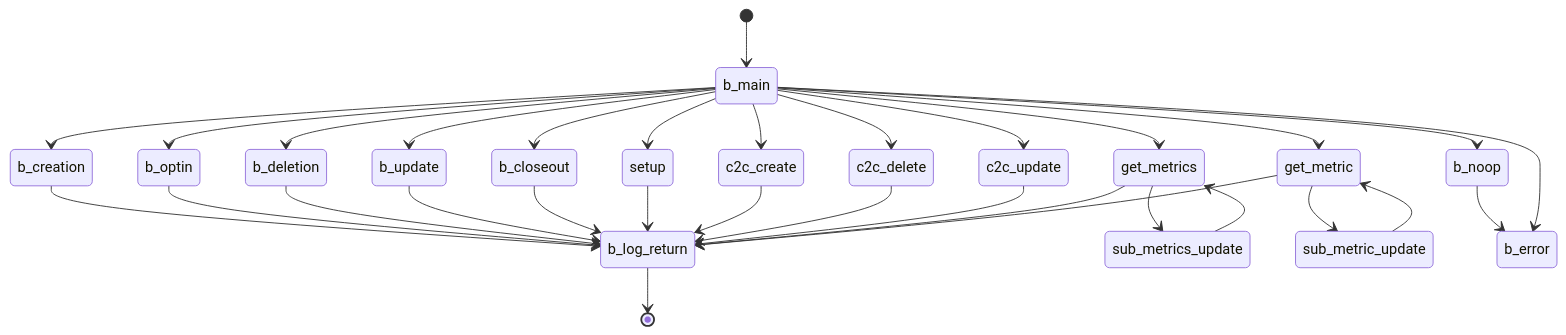
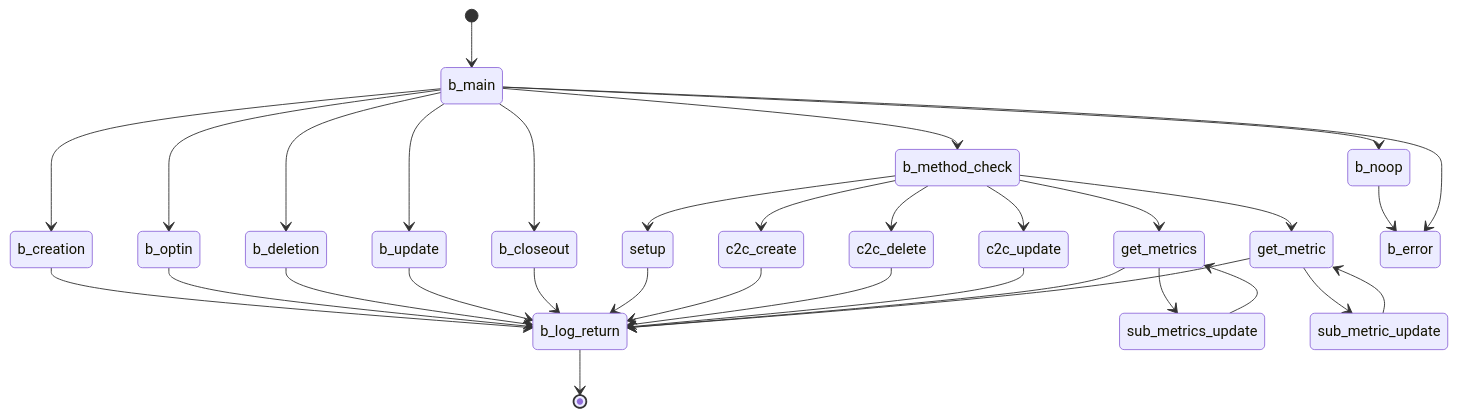
One commit to GoPlausible/.github changed the seventh of 10 diagrams in profile/README.md. Above: the diagram before and after it, drawn with Mermaid.

````diff
--- a/profile/README.md
+++ b/profile/README.md
@@ -295,51 +295,52 @@
 ```mermaid
   stateDiagram-v2
     [*] --> b_main
    
+    b_main --> b_method_check
     b_main --> b_creation
     b_creation --> b_log_return
 
     b_main --> b_optin
     b_optin --> b_log_return
 
     b_main --> b_deletion
     b_deletion --> b_log_return
 
     b_main --> b_update
     b_update --> b_log_return
 
     b_main --> b_closeout
     b_closeout --> b_log_return
 
 
-    b_main --> setup
+    b_method_check --> setup
     setup --> b_log_return
     
-    b_main --> c2c_create
+    b_method_check --> c2c_create
     c2c_create --> b_log_return
 
-    b_main --> c2c_delete
+    b_method_check --> c2c_delete
     c2c_delete --> b_log_return
 
-    b_main --> c2c_update
+    b_method_check --> c2c_update
     c2c_update --> b_log_return
 
    
-    b_main --> get_metrics
+    b_method_check --> get_metrics
     get_metrics --> sub_metrics_update
     sub_metrics_update --> get_metrics
     get_metrics --> b_log_return
 
-    b_main --> get_metric
+    b_method_check --> get_metric
     get_metric --> sub_metric_update
     sub_metric_update --> get_metric
     get_metric --> b_log_return
 
     b_main --> b_noop
     b_noop --> b_error
 
     b_main --> b_error
 
     b_log_return --> [*]
     
 ```
````
